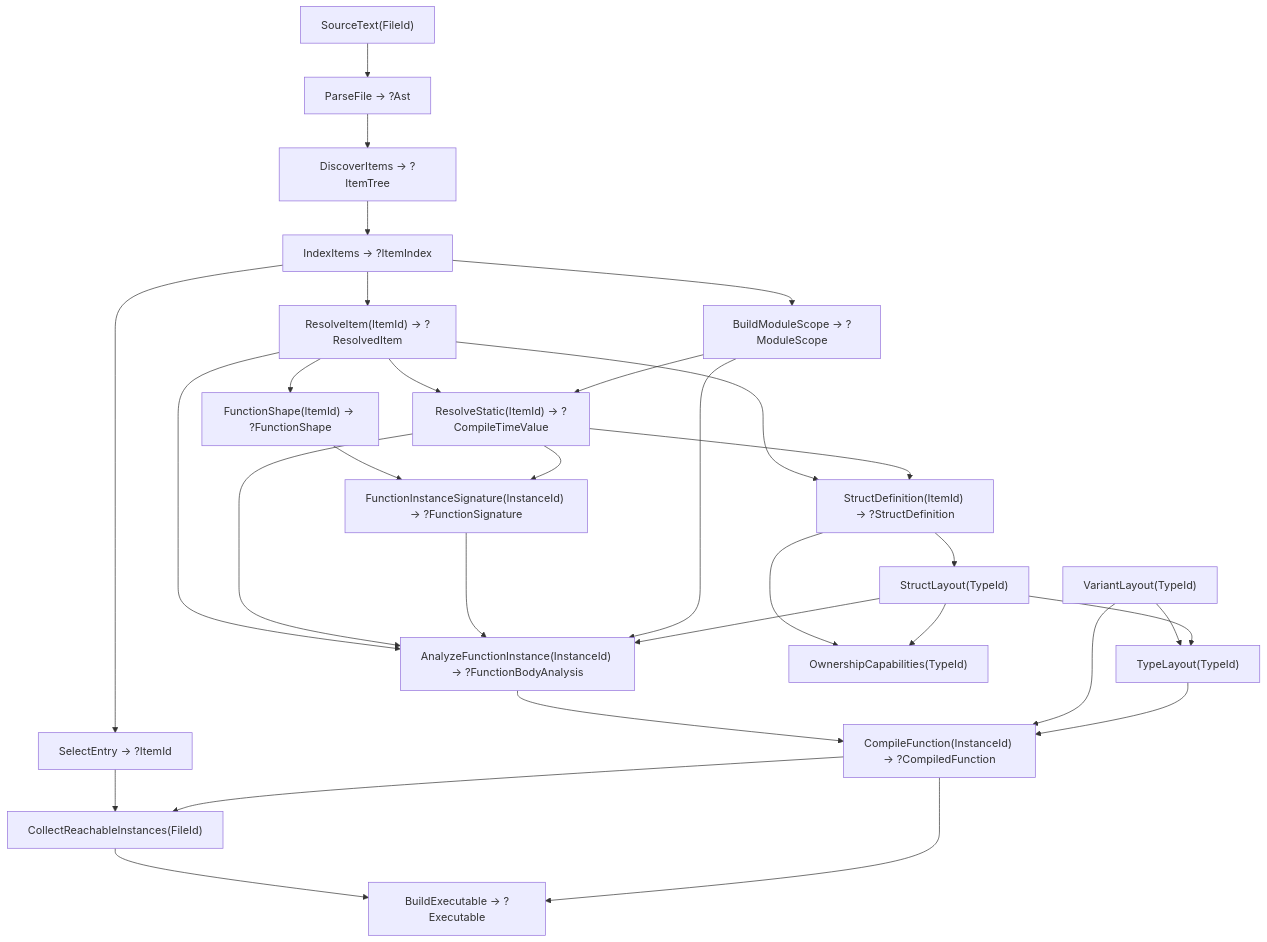
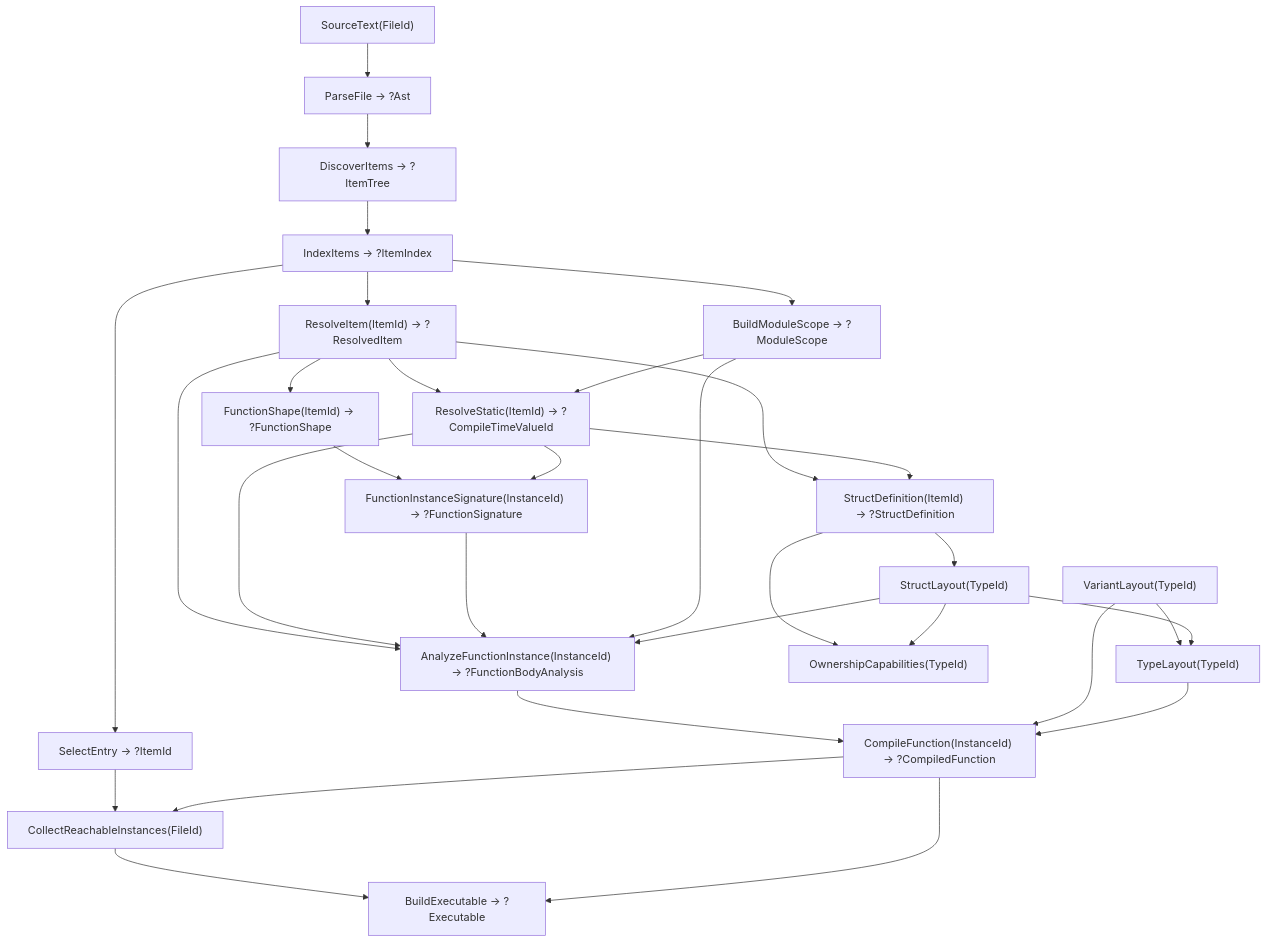
Before and after one commit to Pippepot/chimera-lang: the diagram in PROGRAM_FLOW.md, drawn with Mermaid. The commit also changed other lines of this file and 11 other files, not shown here.

````diff
--- a/PROGRAM_FLOW.md
+++ b/PROGRAM_FLOW.md
@@ -9,33 +9,33 @@
 ```mermaid
 flowchart TD
     ST["SourceText(FileId)"] --> PF["ParseFile → ?Ast"]
     PF --> DI["DiscoverItems → ?ItemTree"]
     DI --> IX["IndexItems → ?ItemIndex"]
     IX --> SE["SelectEntry → ?ItemId"]
     IX --> MS["BuildModuleScope → ?ModuleScope"]
     IX --> RI["ResolveItem(ItemId) → ?ResolvedItem"]
-    RI --> RS["ResolveStatic(ItemId) → ?CompileTimeValue"]
+    RI --> RS["ResolveStatic(ItemId) → ?CompileTimeValueId"]
     MS --> RS
     RI --> SD["StructDefinition(ItemId) → ?StructDefinition"]
     RS --> SD
     RI --> FH["FunctionShape(ItemId) → ?FunctionShape"]
     FH --> FS["FunctionInstanceSignature(InstanceId) → ?FunctionSignature"]
     RS --> FS
     RI --> AB["AnalyzeFunctionInstance(InstanceId) → ?FunctionBodyAnalysis"]
     RS --> AB
     FS --> AB
     MS --> AB
     AB --> CF["CompileFunction(InstanceId) → ?CompiledFunction"]
     VL["VariantLayout(TypeId)"] --> TL["TypeLayout(TypeId)"]
     SD --> SL["StructLayout(TypeId)"]
     SL --> TL
     SL --> AB
     SD --> OC["OwnershipCapabilities(TypeId)"]
     SL --> OC
     VL --> CF
     TL --> CF
     SE --> CR["CollectReachableInstances(FileId)"]
     CF --> CR
     CR --> BE["BuildExecutable → ?Executable"]
     CF --> BE
 ```
````
